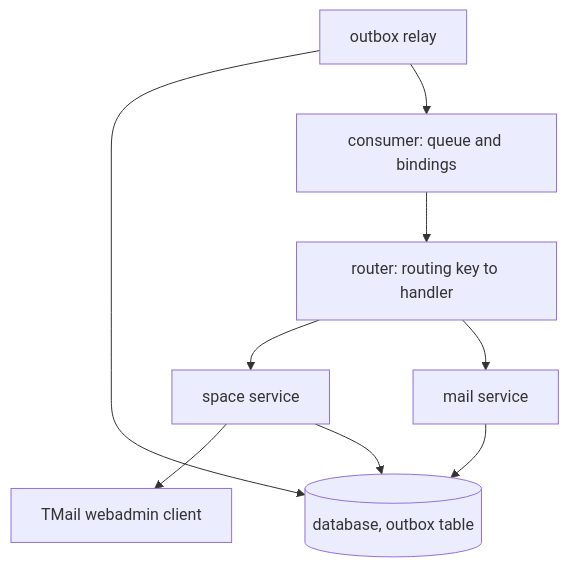
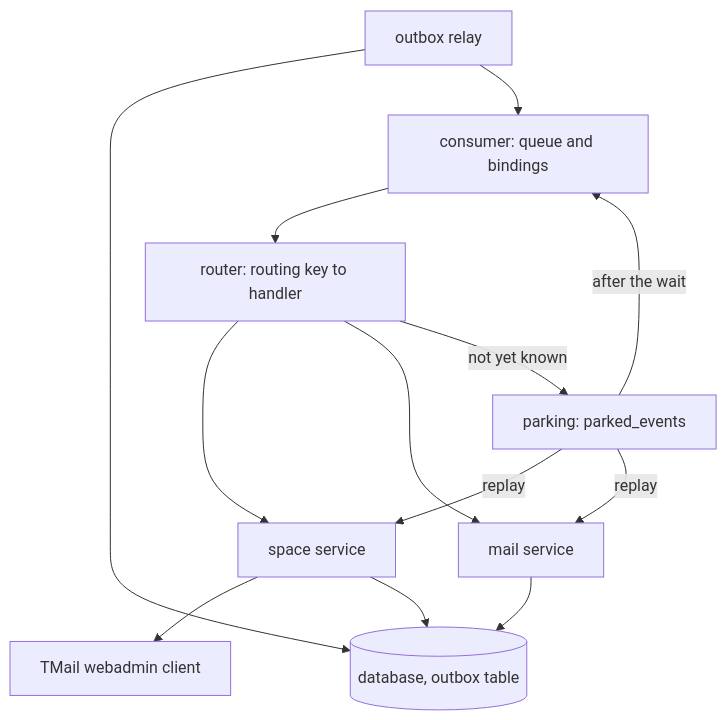
One commit to linagora/twake-mail-side-service changed the second of 3 diagrams in docs/architecture.md. Above: the diagram before and after it, drawn with Mermaid. The commit also changed other lines of this file and 4 other files, not shown here.

Commit message:
docs: parked events

````diff
--- a/docs/architecture.md
+++ b/docs/architecture.md
@@ -26,11 +26,15 @@
 ```mermaid
 flowchart TB
   consumer[consumer: queue and bindings] --> router[router: routing key to handler]
   router --> spaces[space service]
   router --> mail[mail service]
   spaces --> tmailc[TMail webadmin client]
   spaces --> db[(database, outbox table)]
   mail --> db
   relay[outbox relay] --> db
   relay --> consumer
+  router -- not yet known --> parking[parking: parked_events]
+  parking -- replay --> spaces
+  parking -- replay --> mail
+  parking -- after the wait --> consumer
 ```
````
